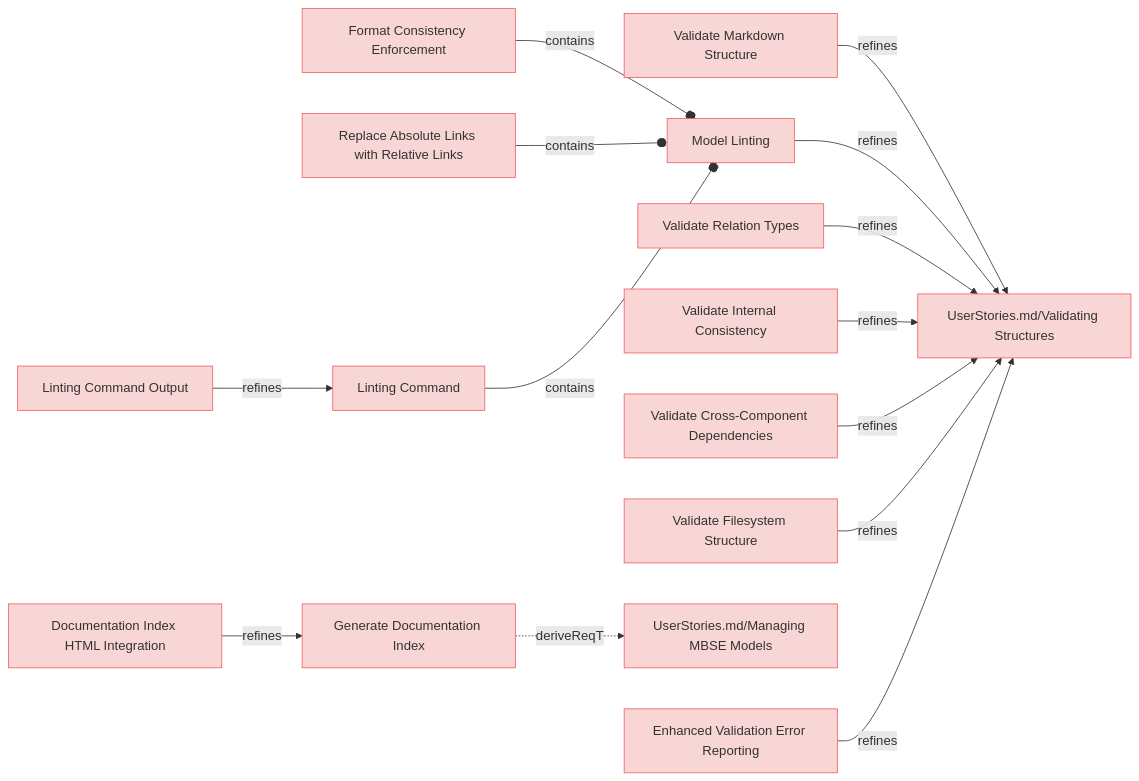
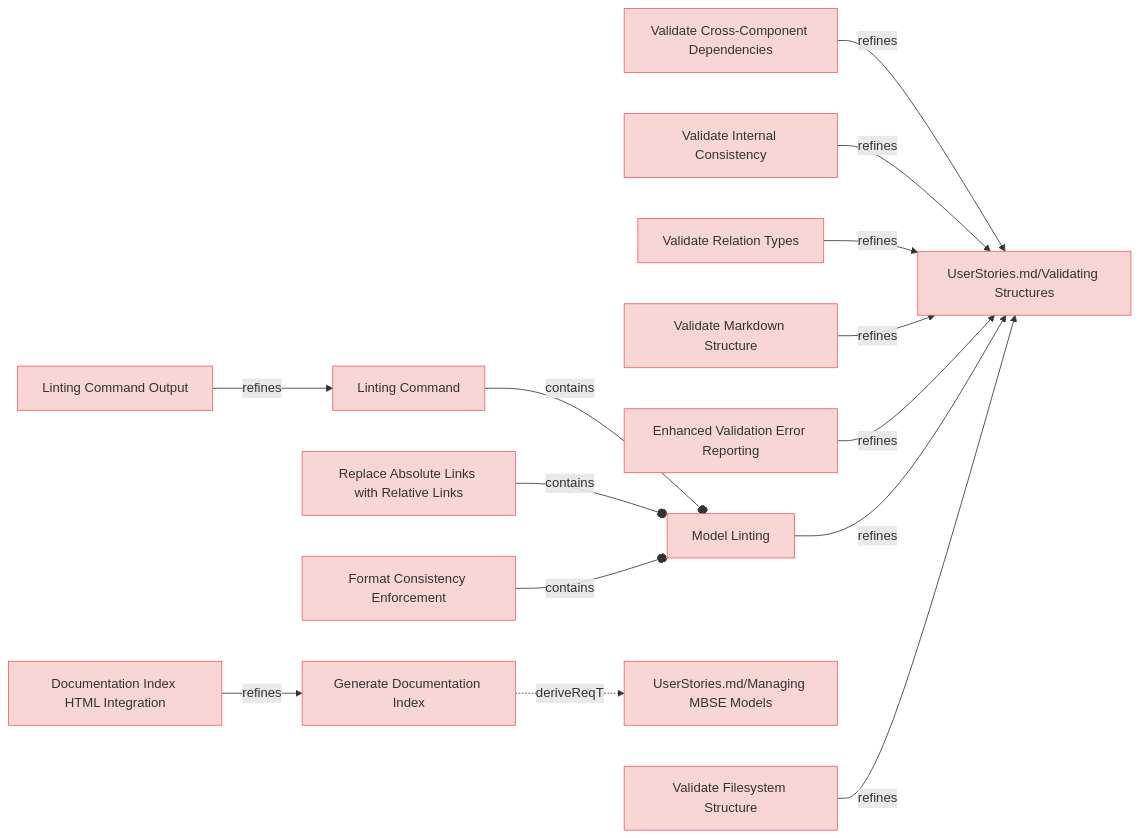
Before and after one commit to reqvire-org/reqvire: the third of 9 diagrams in specifications/UserRequirements.md, drawn with Mermaid. The commit also changed other lines of this file and 16 other files, not shown here.

````diff
--- a/specifications/UserRequirements.md
+++ b/specifications/UserRequirements.md
@@ -147,67 +147,67 @@
 ```mermaid
 graph LR;
   %% Graph styling
   classDef requirement fill:#f9d6d6,stroke:#f55f5f,stroke-width:1px;
   classDef verification fill:#d6f9d6,stroke:#5fd75f,stroke-width:1px;
   classDef externalLink fill:#d0e0ff,stroke:#3080ff,stroke-width:1px;
   classDef default fill:#f5f5f5,stroke:#333333,stroke-width:1px;
 
-  7ec3cb7f400a2e8d["Validate Markdown Structure"];
-  click 7ec3cb7f400a2e8d "https://github.com/Reqvire/reqvire/blob/92e82ef235559b4819fd85d700024b79b452d8e3/specifications/UserRequirements.md#validate-markdown-structure";
-  class 7ec3cb7f400a2e8d requirement;
+  62c066a5aad4dafe["Linting Command Output"];
+  click 62c066a5aad4dafe "https://github.com/Reqvire/reqvire/blob/30536324899084e88969175e3613c971ffa6e108/specifications/UserRequirements.md#linting-command-output";
+  class 62c066a5aad4dafe requirement;
+  28b0f9fa78937e61["Linting Command"];
+  class 28b0f9fa78937e61 requirement;
+  click 28b0f9fa78937e61 "https://github.com/Reqvire/reqvire/blob/30536324899084e88969175e3613c971ffa6e108/specifications/UserRequirements.md#linting-command";
+  62c066a5aad4dafe -->|refines| 28b0f9fa78937e61;
+  84c4dc11e82e8638["Model Linting"];
+  class 84c4dc11e82e8638 requirement;
+  click 84c4dc11e82e8638 "https://github.com/Reqvire/reqvire/blob/30536324899084e88969175e3613c971ffa6e108/specifications/UserRequirements.md#model-linting";
+  28b0f9fa78937e61 --o|contains| 84c4dc11e82e8638;
+  229bb675bac39dc9["Replace Absolute Links with Relative Links"];
+  click 229bb675bac39dc9 "https://github.com/Reqvire/reqvire/blob/30536324899084e88969175e3613c971ffa6e108/specifications/UserRequirements.md#replace-absolute-links-with-relative-links";
+  class 229bb675bac39dc9 requirement;
+  229bb675bac39dc9 --o|contains| 84c4dc11e82e8638;
+  ee05a46627b568b7["Validate Cross-Component Dependencies"];
+  click ee05a46627b568b7 "https://github.com/Reqvire/reqvire/blob/30536324899084e88969175e3613c971ffa6e108/specifications/UserRequirements.md#validate-cross-component-dependencies";
+  class ee05a46627b568b7 requirement;
   a0f9571f6563d9d3["UserStories.md/Validating Structures"];
   class a0f9571f6563d9d3 requirement;
-  click a0f9571f6563d9d3 "https://github.com/Reqvire/reqvire/blob/92e82ef235559b4819fd85d700024b79b452d8e3/specifications/UserStories.md#validating-structures";
-  7ec3cb7f400a2e8d -->|refines| a0f9571f6563d9d3;
+  click a0f9571f6563d9d3 "https://github.com/Reqvire/reqvire/blob/30536324899084e88969175e3613c971ffa6e108/specifications/UserStories.md#validating-structures";
+  ee05a46627b568b7 -->|refines| a0f9571f6563d9d3;
+  f9182ad2999d989c["Validate Internal Consistency"];
+  click f9182ad2999d989c "https://github.com/Reqvire/reqvire/blob/30536324899084e88969175e3613c971ffa6e108/specifications/UserRequirements.md#validate-internal-consistency";
+  class f9182ad2999d989c requirement;
+  f9182ad2999d989c -->|refines| a0f9571f6563d9d3;
+  1ddbeea0cf8eaad5["Format Consistency Enforcement"];
+  click 1ddbeea0cf8eaad5 "https://github.com/Reqvire/reqvire/blob/30536324899084e88969175e3613c971ffa6e108/specifications/UserRequirements.md#format-consistency-enforcement";
+  class 1ddbeea0cf8eaad5 requirement;
+  1ddbeea0cf8eaad5 --o|contains| 84c4dc11e82e8638;
+  8a3ca9461643d887["Validate Relation Types"];
+  click 8a3ca9461643d887 "https://github.com/Reqvire/reqvire/blob/30536324899084e88969175e3613c971ffa6e108/specifications/UserRequirements.md#validate-relation-types";
+  class 8a3ca9461643d887 requirement;
+  8a3ca9461643d887 -->|refines| a0f9571f6563d9d3;
   b5146db7aedfd66["Documentation Index HTML Integration"];
-  click b5146db7aedfd66 "https://github.com/Reqvire/reqvire/blob/92e82ef235559b4819fd85d700024b79b452d8e3/specifications/UserRequirements.md#documentation-index-html-integration";
+  click b5146db7aedfd66 "https://github.com/Reqvire/reqvire/blob/30536324899084e88969175e3613c971ffa6e108/specifications/UserRequirements.md#documentation-index-html-integration";
   class b5146db7aedfd66 requirement;
   9019be8bfdc22b35["Generate Documentation Index"];
   class 9019be8bfdc22b35 requirement;
-  click 9019be8bfdc22b35 "https://github.com/Reqvire/reqvire/blob/92e82ef235559b4819fd85d700024b79b452d8e3/specifications/UserRequirements.md#generate-documentation-index";
+  click 9019be8bfdc22b35 "https://github.com/Reqvire/reqvire/blob/30536324899084e88969175e3613c971ffa6e108/specifications/UserRequirements.md#generate-documentation-index";
   b5146db7aedfd66 -->|refines| 9019be8bfdc22b35;
-  84c4dc11e82e8638["Model Linting"];
-  click 84c4dc11e82e8638 "https://github.com/Reqvire/reqvire/blob/92e82ef235559b4819fd85d700024b79b452d8e3/specifications/UserRequirements.md#model-linting";
-  class 84c4dc11e82e8638 requirement;
+  7ec3cb7f400a2e8d["Validate Markdown Structure"];
+  click 7ec3cb7f400a2e8d "https://github.com/Reqvire/reqvire/blob/30536324899084e88969175e3613c971ffa6e108/specifications/UserRequirements.md#validate-markdown-structure";
+  class 7ec3cb7f400a2e8d requirement;
+  7ec3cb7f400a2e8d -->|refines| a0f9571f6563d9d3;
+  3d2fe0b05ff9c8e3["Enhanced Validation Error Reporting"];
+  click 3d2fe0b05ff9c8e3 "https://github.com/Reqvire/reqvire/blob/30536324899084e88969175e3613c971ffa6e108/specifications/UserRequirements.md#enhanced-validation-error-reporting";
+  class 3d2fe0b05ff9c8e3 requirement;
+  3d2fe0b05ff9c8e3 -->|refines| a0f9571f6563d9d3;
+  c75ac8fa29479ca5["UserStories.md/Managing MBSE Models"];
+  class c75ac8fa29479ca5 requirement;
+  click c75ac8fa29479ca5 "https://github.com/Reqvire/reqvire/blob/30536324899084e88969175e3613c971ffa6e108/specifications/UserStories.md#managing-mbse-models";
+  9019be8bfdc22b35 -.->|deriveReqT| c75ac8fa29479ca5;
   84c4dc11e82e8638 -->|refines| a0f9571f6563d9d3;
-  8a3ca9461643d887["Validate Relation Types"];
-  click 8a3ca9461643d887 "https://github.com/Reqvire/reqvire/blob/92e82ef235559b4819fd85d700024b79b452d8e3/specifications/UserRequirements.md#validate-relation-types";
-  class 8a3ca9461643d887 requirement;
-  8a3ca9461643d887 -->|refines| a0f9571f6563d9d3;
-  f9182ad2999d989c["Validate Internal Consistency"];
-  click f9182ad2999d989c "https://github.com/Reqvire/reqvire/blob/92e82ef235559b4819fd85d700024b79b452d8e3/specifications/UserRequirements.md#validate-internal-consistency";
-  class f9182ad2999d989c requirement;
-  f9182ad2999d989c -->|refines| a0f9571f6563d9d3;
-  ee05a46627b568b7["Validate Cross-Component Dependencies"];
-  click ee05a46627b568b7 "https://github.com/Reqvire/reqvire/blob/92e82ef235559b4819fd85d700024b79b452d8e3/specifications/UserRequirements.md#validate-cross-component-dependencies";
-  class ee05a46627b568b7 requirement;
-  ee05a46627b568b7 -->|refines| a0f9571f6563d9d3;
   c390b990a63def2a["Validate Filesystem Structure"];
-  click c390b990a63def2a "https://github.com/Reqvire/reqvire/blob/92e82ef235559b4819fd85d700024b79b452d8e3/specifications/UserRequirements.md#validate-filesystem-structure";
+  click c390b990a63def2a "https://github.com/Reqvire/reqvire/blob/30536324899084e88969175e3613c971ffa6e108/specifications/UserRequirements.md#validate-filesystem-structure";
   class c390b990a63def2a requirement;
   c390b990a63def2a -->|refines| a0f9571f6563d9d3;
-  1ddbeea0cf8eaad5["Format Consistency Enforcement"];
-  click 1ddbeea0cf8eaad5 "https://github.com/Reqvire/reqvire/blob/92e82ef235559b4819fd85d700024b79b452d8e3/specifications/UserRequirements.md#format-consistency-enforcement";
-  class 1ddbeea0cf8eaad5 requirement;
-  1ddbeea0cf8eaad5 --o|contains| 84c4dc11e82e8638;
-  229bb675bac39dc9["Replace Absolute Links with Relative Links"];
-  click 229bb675bac39dc9 "https://github.com/Reqvire/reqvire/blob/92e82ef235559b4819fd85d700024b79b452d8e3/specifications/UserRequirements.md#replace-absolute-links-with-relative-links";
-  class 229bb675bac39dc9 requirement;
-  229bb675bac39dc9 --o|contains| 84c4dc11e82e8638;
-  28b0f9fa78937e61["Linting Command"];
-  click 28b0f9fa78937e61 "https://github.com/Reqvire/reqvire/blob/92e82ef235559b4819fd85d700024b79b452d8e3/specifications/UserRequirements.md#linting-command";
-  class 28b0f9fa78937e61 requirement;
-  28b0f9fa78937e61 --o|contains| 84c4dc11e82e8638;
-  c75ac8fa29479ca5["UserStories.md/Managing MBSE Models"];
-  class c75ac8fa29479ca5 requirement;
-  click c75ac8fa29479ca5 "https://github.com/Reqvire/reqvire/blob/92e82ef235559b4819fd85d700024b79b452d8e3/specifications/UserStories.md#managing-mbse-models";
-  9019be8bfdc22b35 -.->|deriveReqT| c75ac8fa29479ca5;
-  62c066a5aad4dafe["Linting Command Output"];
-  click 62c066a5aad4dafe "https://github.com/Reqvire/reqvire/blob/92e82ef235559b4819fd85d700024b79b452d8e3/specifications/UserRequirements.md#linting-command-output";
-  class 62c066a5aad4dafe requirement;
-  62c066a5aad4dafe -->|refines| 28b0f9fa78937e61;
-  3d2fe0b05ff9c8e3["Enhanced Validation Error Reporting"];
-  click 3d2fe0b05ff9c8e3 "https://github.com/Reqvire/reqvire/blob/92e82ef235559b4819fd85d700024b79b452d8e3/specifications/UserRequirements.md#enhanced-validation-error-reporting";
-  class 3d2fe0b05ff9c8e3 requirement;
-  3d2fe0b05ff9c8e3 -->|refines| a0f9571f6563d9d3;
 ```
````
